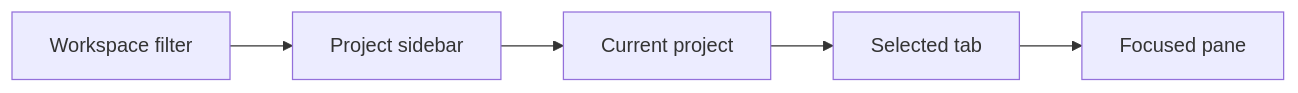
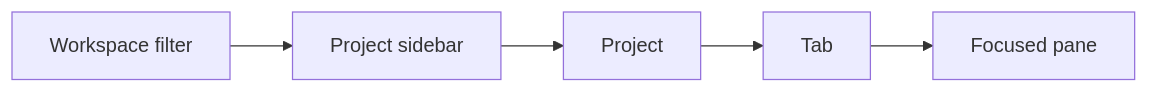
The first of 2 diagrams in docs/product/app-model.md (muxy-app/muxy), drawn with Mermaid before and after one commit. The commit also changed other lines of this file and 18 other files, not shown here.

````diff
--- a/docs/product/app-model.md
+++ b/docs/product/app-model.md
@@ -71,6 +24,5 @@
 ```mermaid
 flowchart LR
-    FILTER["Workspace filter"] --> LIST["Project sidebar"]
-    LIST --> PROJECT["Current project"] --> TAB["Selected tab"]
-    TAB --> PANE["Focused pane"]
+    FILTER["Workspace filter"] --> SIDEBAR["Project sidebar"]
+    SIDEBAR --> PROJECT["Project"] --> TAB["Tab"] --> PANE["Focused pane"]
 ```
````
